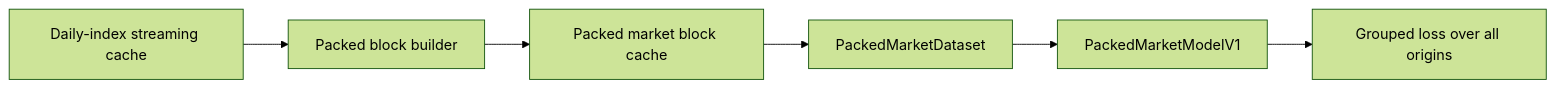
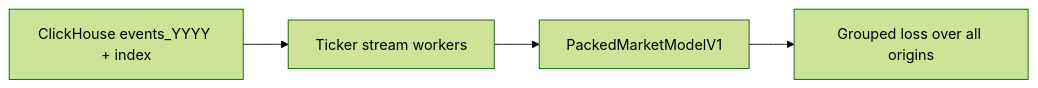
The diagram in research/packed_market_model/v1/README.md (farajimhd/quant-research-workbench), drawn with Mermaid (forest theme) before and after one commit. The commit also changed other lines of this file and 12 other files, not shown here.

Commit message:
feat: add direct packed ticker streaming loader

````diff
--- a/research/packed_market_model/v1/README.md
+++ b/research/packed_market_model/v1/README.md
@@ -8,8 +8,6 @@
 ```mermaid
 flowchart LR
-  daily["Daily-index streaming cache"] --> builder["Packed block builder"]
-  builder --> cache["Packed market block cache"]
-  cache --> loader["PackedMarketDataset"]
+  clickhouse["ClickHouse events_YYYY + index"] --> loader["Ticker stream workers"]
   loader --> model["PackedMarketModelV1"]
   model --> loss["Grouped loss over all origins"]
 ```
````
